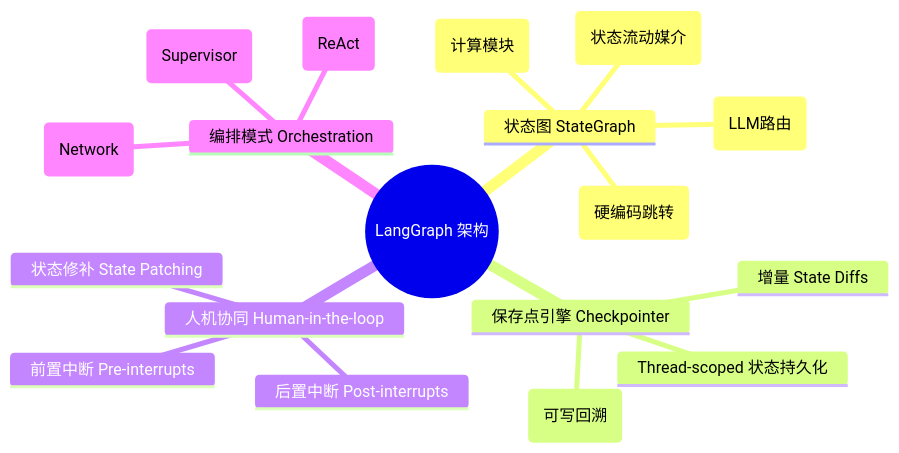
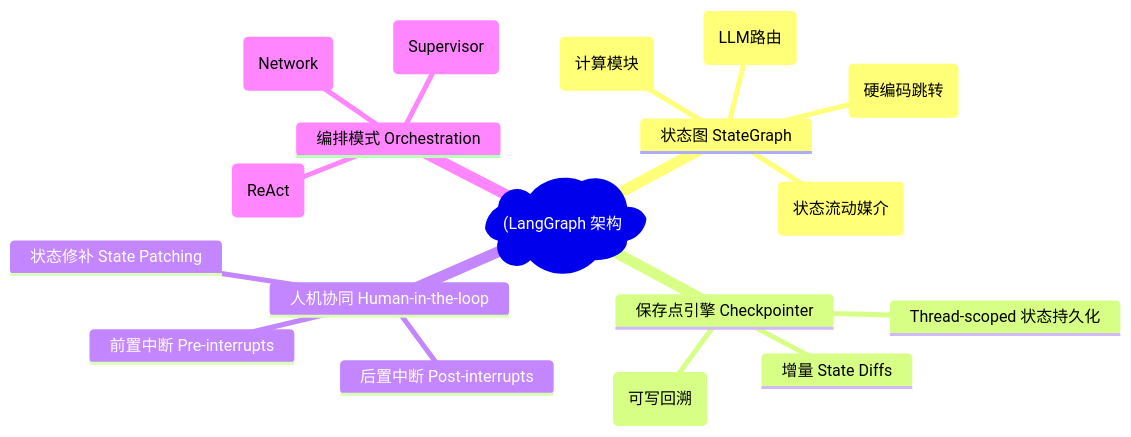
One commit to koosai/AI-Architect-Learning changed the first of 7 diagrams in docs/atlas/langgraph.mdx. Above: the diagram before and after it, drawn with Mermaid. The commit also changed 187 other files, not shown here.

Commit message:
fix(mermaid): fix all unquoted parens and edge label syntax errors across all docs

````diff
--- a/docs/atlas/langgraph.mdx
+++ b/docs/atlas/langgraph.mdx
@@ -62,21 +62,21 @@
 ```mermaid
 mindmap
-  root((LangGraph 架构))
+  root("(LangGraph 架构"))
     状态图 StateGraph
       节点 Nodes (计算模块)
       普通边 Edges (硬编码跳转)
       条件边 Conditional Edges (LLM路由)
       通道 Channels (状态流动媒介)
     保存点引擎 Checkpointer
       Thread-scoped 状态持久化
       增量 State Diffs
       时间旅行 Time Travel (可写回溯)
     人机协同 Human-in-the-loop
       前置中断 Pre-interrupts
       后置中断 Post-interrupts
       状态修补 State Patching
     编排模式 Orchestration
       单 Agent 循环 (ReAct)
       多 Agent 路由协作 (Network)
       主从分级协作 (Supervisor)
 ```
````
